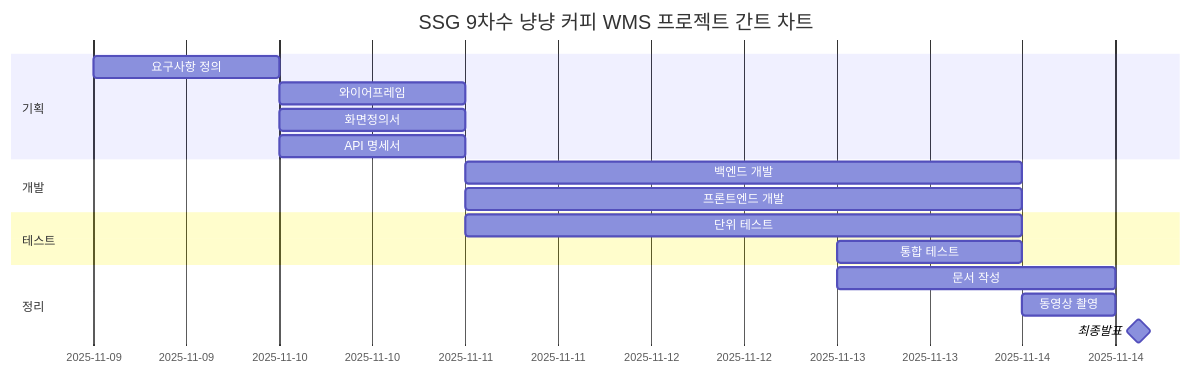
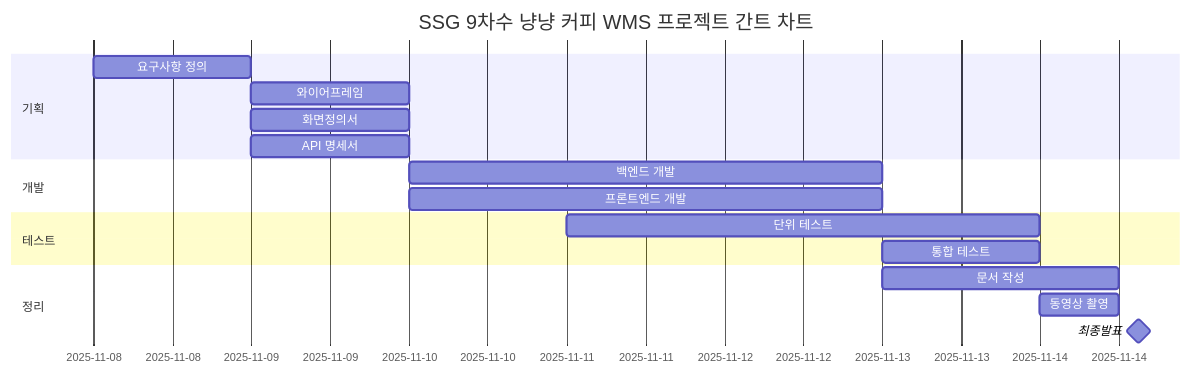
One commit to SSG9-1-meow-meow/Meow-coffee changed the first of 4 diagrams in README.md. Above: the diagram before and after it, drawn with Mermaid. The commit also changed other lines of this file and 2 other files, not shown here.

````diff
--- a/README.md
+++ b/README.md
@@ -21,25 +31,25 @@
 ```mermaid
 gantt
     title SSG 9차수 냥냥 커피 WMS 프로젝트 간트 차트
     dateFormat YYYY-MM-DD
 
     section 기획
-    요구사항 정의 :a1, 2025-11-09, 1d
+    요구사항 정의 :a1, 2025-11-08, 1d
     와이어프레임  :a2, after a1, 1d
     화면정의서 :a3, after a1, 1d
     API 명세서 :a4, after a1, 1d
 
     section 개발
     백엔드 개발 :b1, after a4, 3d
     프론트엔드 개발 :b2, after a4, 3d
 
     section 테스트
     단위 테스트 :c1, 2025-11-11, 3d
     통합 테스트 :c2, 2025-11-13, 1d
 
     section 정리
     문서 작성 :d1, 2025-11-13, 36h
     동영상 촬영 :d2, 2025-11-14, 12h
     최종발표: milestone, m1, 2025-11-14 15:00, 0
 
 ```
````
